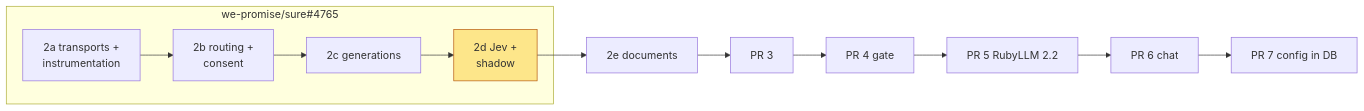
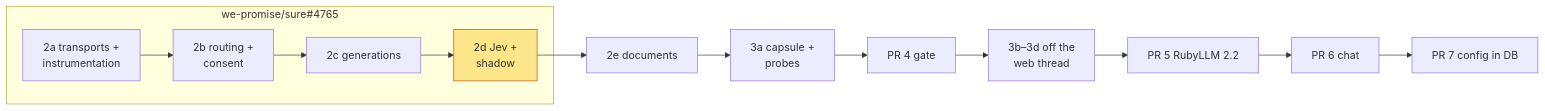
Before and after one commit to we-promise/sure: the first of 3 diagrams in docs/proposals/v0.8/pr-2d-jev-and-shadow-runs.md, drawn with Mermaid. The commit also changed other lines of this file and 5 other files, not shown here.

````diff
--- a/docs/proposals/v0.8/pr-2d-jev-and-shadow-runs.md
+++ b/docs/proposals/v0.8/pr-2d-jev-and-shadow-runs.md
@@ -55,13 +55,13 @@
 ```mermaid
 flowchart LR
   A["2a transports +<br/>instrumentation"] --> B["2b routing +<br/>consent"] --> C["2c generations"] --> D["2d Jev +<br/>shadow"] --> E["2e documents"]
-  E --> P3["PR 3"] --> P4["PR 4 gate"] --> P5["PR 5 RubyLLM 2.2"] --> P6["PR 6 chat"] --> P7["PR 7 config in DB"]
+  E --> P3A["3a capsule +<br/>probes"] --> P4["PR 4 gate"] --> P3["3b–3d off the<br/>web thread"] --> P5["PR 5 RubyLLM 2.2"] --> P6["PR 6 chat"] --> P7["PR 7 config in DB"]
   subgraph PR4765["we-promise/sure#4765"]
     A
     B
     C
     D
   end
   classDef here fill:#fde68a,stroke:#b45309
   class D here
 ```
````
